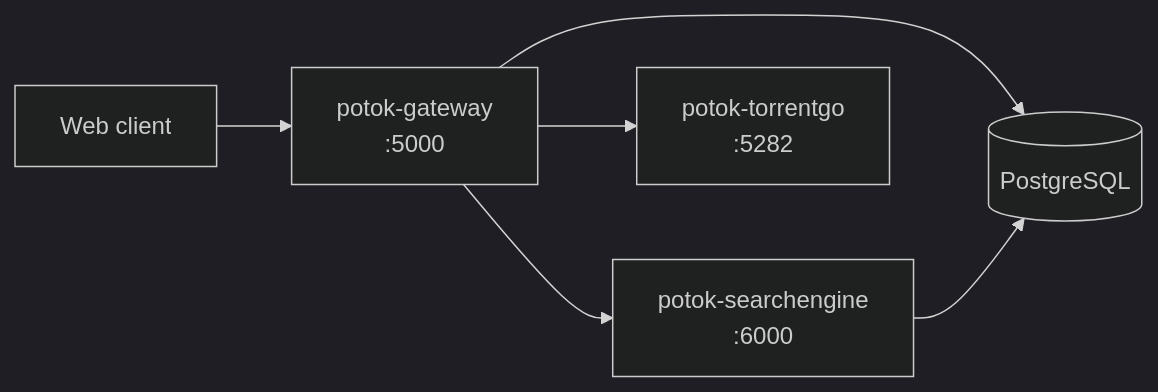
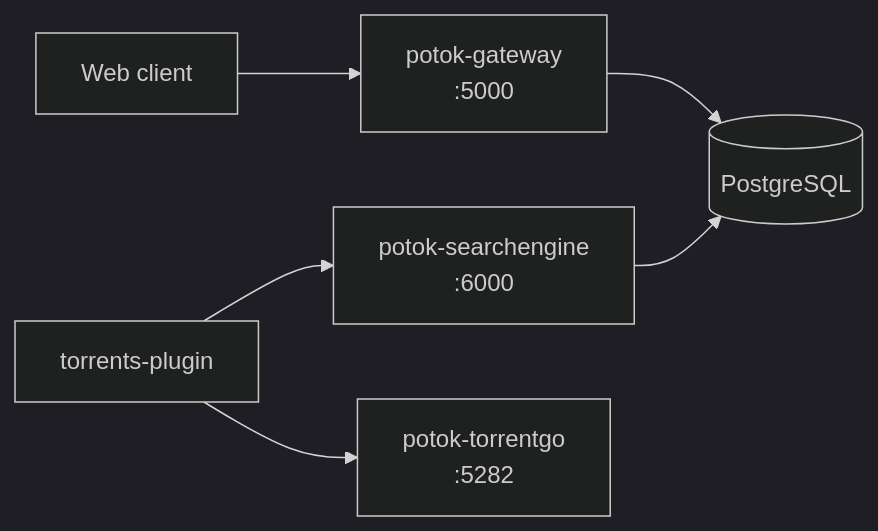
The diagram in README.md (potok-media/backend), drawn with Mermaid (dark theme) before and after one commit. The commit also changed other lines of this file and 217 other files, not shown here.

````diff
--- a/README.md
+++ b/README.md
@@ -25,8 +25,8 @@
 ```mermaid
 flowchart LR
     Client["Web client"] --> GW["potok-gateway<br/>:5000"]
-    GW --> SE["potok-searchengine<br/>:6000"]
-    GW --> TG["potok-torrentgo<br/>:5282"]
+    Plugin["torrents-plugin"] --> SE["potok-searchengine<br/>:6000"]
+    Plugin --> TG["potok-torrentgo<br/>:5282"]
     GW --> DB[("PostgreSQL")]
     SE --> DB
 ```
````
